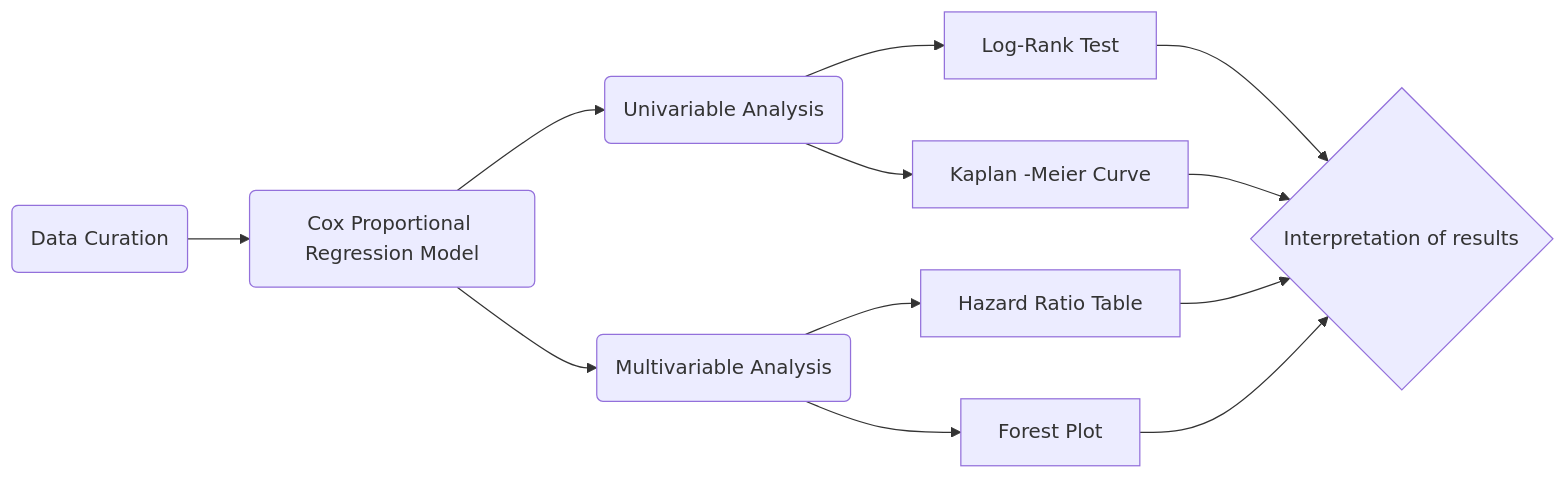
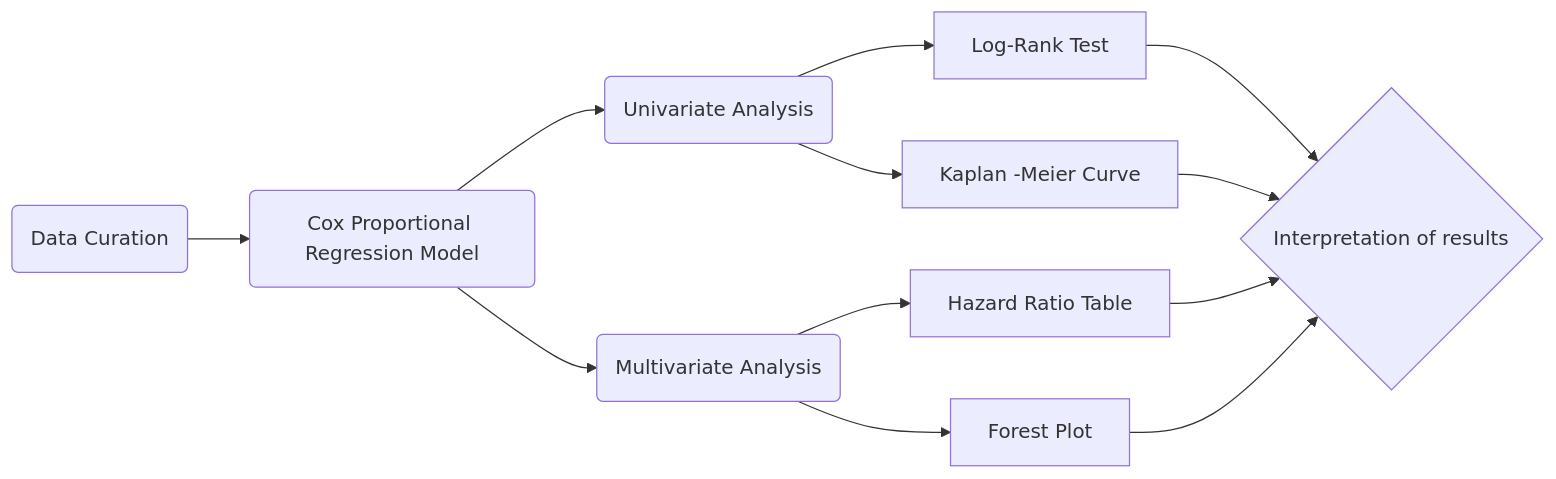
The diagram in 1. Introduction_Survival_analysis.qmd (ImperialCollegeLondon/ReCoDE-SurvivalAnalysis), drawn with Mermaid before and after one commit. The commit also changed other lines of this file, not shown here.

````diff
--- a/1. Introduction_Survival_analysis.qmd
+++ b/1. Introduction_Survival_analysis.qmd
@@ -18,15 +28,15 @@
 ```{mermaid}
 flowchart LR
   A(Data Curation) --> B(Cox Proportional Regression Model)
-  B --> C(Univariable Analysis)
-  B --> D(Multivariable Analysis)
+  B --> C(Univariate Analysis)
+  B --> D(Multivariate Analysis)
   C --> E[Kaplan -Meier Curve]
   C --> F[Log-Rank Test]
   D --> G[Hazard Ratio Table]
   D --> H[Forest Plot]
   
   F --> I{Interpretation of results}
   E --> I
   G --> I
   H --> I
 ```
````
